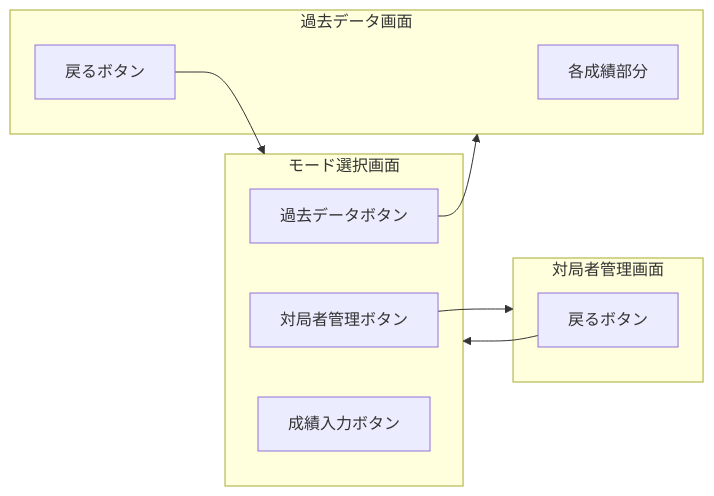
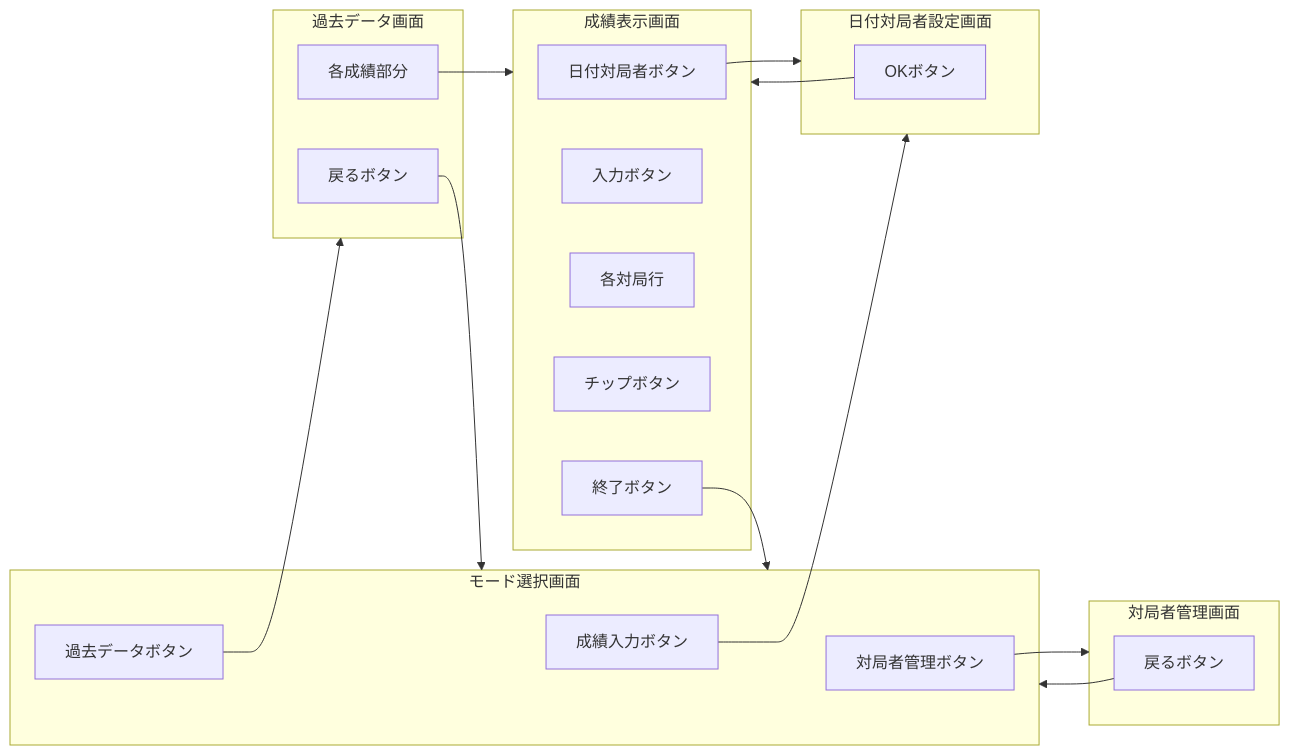
One commit to kongou71905/fs-test-app changed the diagram in docs/05a-flow.md. Above: the diagram before and after it, drawn with Mermaid.

````diff
--- a/docs/05a-flow.md
+++ b/docs/05a-flow.md
@@ -2,22 +2,39 @@
 ```mermaid
 flowchart LR
 	subgraph 01-top[モード選択画面]
         A[対局者管理ボタン]
         B[過去データボタン]
         C[成績入力ボタン]
     end
 	
 	subgraph 02-kanri[対局者管理画面]
         D[戻るボタン]
     end
     
     subgraph 03-Data[過去データ画面]
         E[各成績部分]
         F[戻るボタン]
     end
     
+    subgraph 04-set[日付対局者設定画面]
+        G[OKボタン]
+    end
+    
+    subgraph 05-view[成績表示画面]
+        H[日付対局者ボタン]
+        i[入力ボタン]
+        J[各対局行]
+        K[チップボタン]
+        L[終了ボタン]
+    end
+    
     A --> 02-kanri
     B --> 03-Data
+    C --> 04-set
     D --> 01-top
+    E --> 05-view
     F --> 01-top
+    G --> 05-view
+    H --> 04-set
+    L --> 01-top
 ```
````
